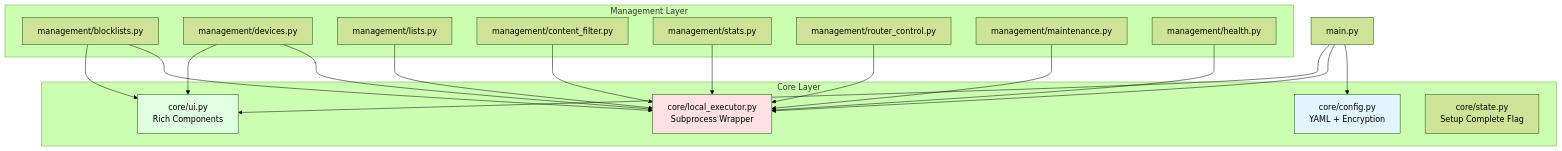
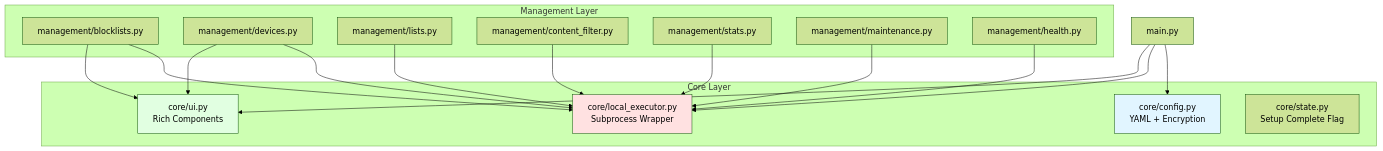
One commit to ThePraxium/pihole-network-manager changed the second of 13 diagrams in docs/code-reference.md. Above: the diagram before and after it, drawn with Mermaid (forest theme). The commit also changed other lines of this file and 6 other files, not shown here.

````diff
--- a/docs/code-reference.md
+++ b/docs/code-reference.md
@@ -55,39 +52,37 @@
 ```mermaid
 graph TD
     subgraph Core Layer
         Config[core/config.py<br/>YAML + Encryption]
         LocalExec[core/local_executor.py<br/>Subprocess Wrapper]
         UI[core/ui.py<br/>Rich Components]
         State[core/state.py<br/>Setup Complete Flag]
     end
 
     subgraph Management Layer
         MgmtBlock[management/blocklists.py]
         MgmtDev[management/devices.py]
         MgmtList[management/lists.py]
         MgmtCF[management/content_filter.py]
         MgmtStats[management/stats.py]
-        MgmtRouter[management/router_control.py]
         MgmtMaint[management/maintenance.py]
         MgmtHealth[management/health.py]
     end
 
     Main[main.py] --> Config
     Main --> LocalExec
     Main --> UI
 
     MgmtBlock --> LocalExec
     MgmtBlock --> UI
     MgmtDev --> LocalExec
     MgmtDev --> UI
     MgmtList --> LocalExec
     MgmtCF --> LocalExec
     MgmtStats --> LocalExec
-    MgmtRouter --> LocalExec
     MgmtMaint --> LocalExec
     MgmtHealth --> LocalExec
 
     style Config fill:#e1f5ff
     style LocalExec fill:#ffe1e1
     style UI fill:#e1ffe1
 ```
````
